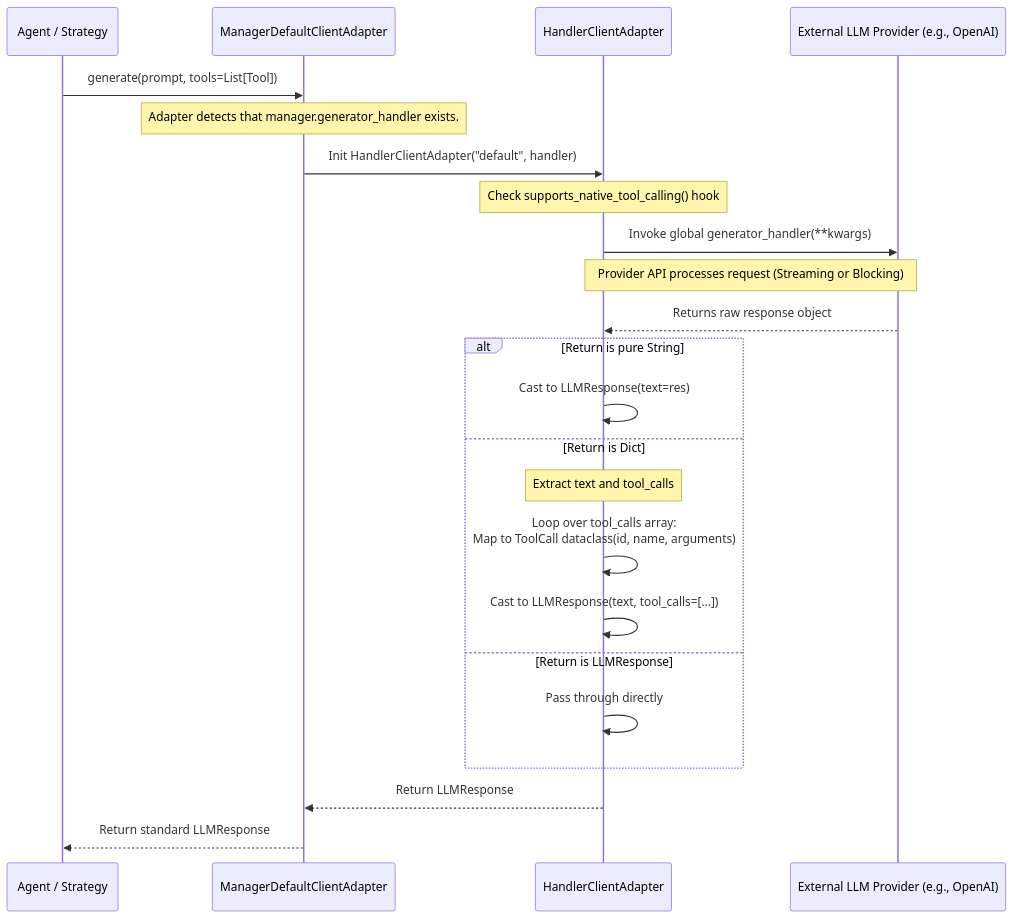
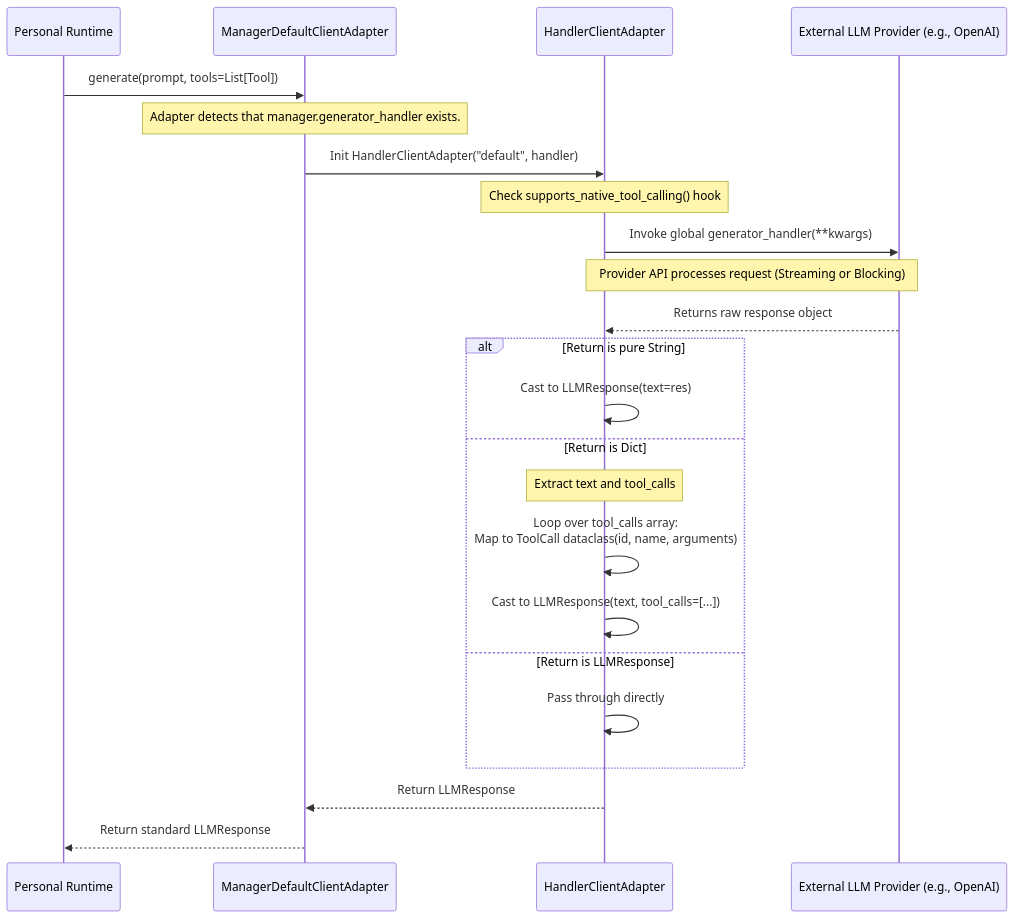
One commit to AI-Team-Team/AI-Team-Team changed the first of 3 diagrams in docs/flowcharts/Tooling_and_Execution.md. Above: the diagram before and after it, drawn with Mermaid. The commit also changed other lines of this file and 310 other files, not shown here.

````diff
--- a/docs/flowcharts/Tooling_and_Execution.md
+++ b/docs/flowcharts/Tooling_and_Execution.md
@@ -9,33 +9,33 @@
 ```mermaid
 sequenceDiagram
-    participant Agent as Agent / Strategy
+    participant Agent as Personal Runtime
     participant Adapter as ManagerDefaultClientAdapter
     participant Handler as HandlerClientAdapter
     participant Provider as External LLM Provider (e.g., OpenAI)
 
     Agent->>Adapter: generate(prompt, tools=List[Tool])
     
     Note over Adapter: Adapter detects that manager.generator_handler exists.
     Adapter->>Handler: Init HandlerClientAdapter("default", handler)
     
     Note over Handler: Check supports_native_tool_calling() hook
     
     Handler->>Provider: Invoke global generator_handler(**kwargs)
     
     Note over Provider,Handler: Provider API processes request (Streaming or Blocking)
     
     Provider-->>Handler: Returns raw response object
     
     alt Return is pure String
         Handler->>Handler: Cast to LLMResponse(text=res)
     else Return is Dict
         Note over Handler: Extract text and tool_calls
         Handler->>Handler: Loop over tool_calls array:<br/>Map to ToolCall dataclass(id, name, arguments)
         Handler->>Handler: Cast to LLMResponse(text, tool_calls=[...])
     else Return is LLMResponse
         Handler->>Handler: Pass through directly
     end
     
     Handler-->>Adapter: Return LLMResponse
     Adapter-->>Agent: Return standard LLMResponse
 ```
````
